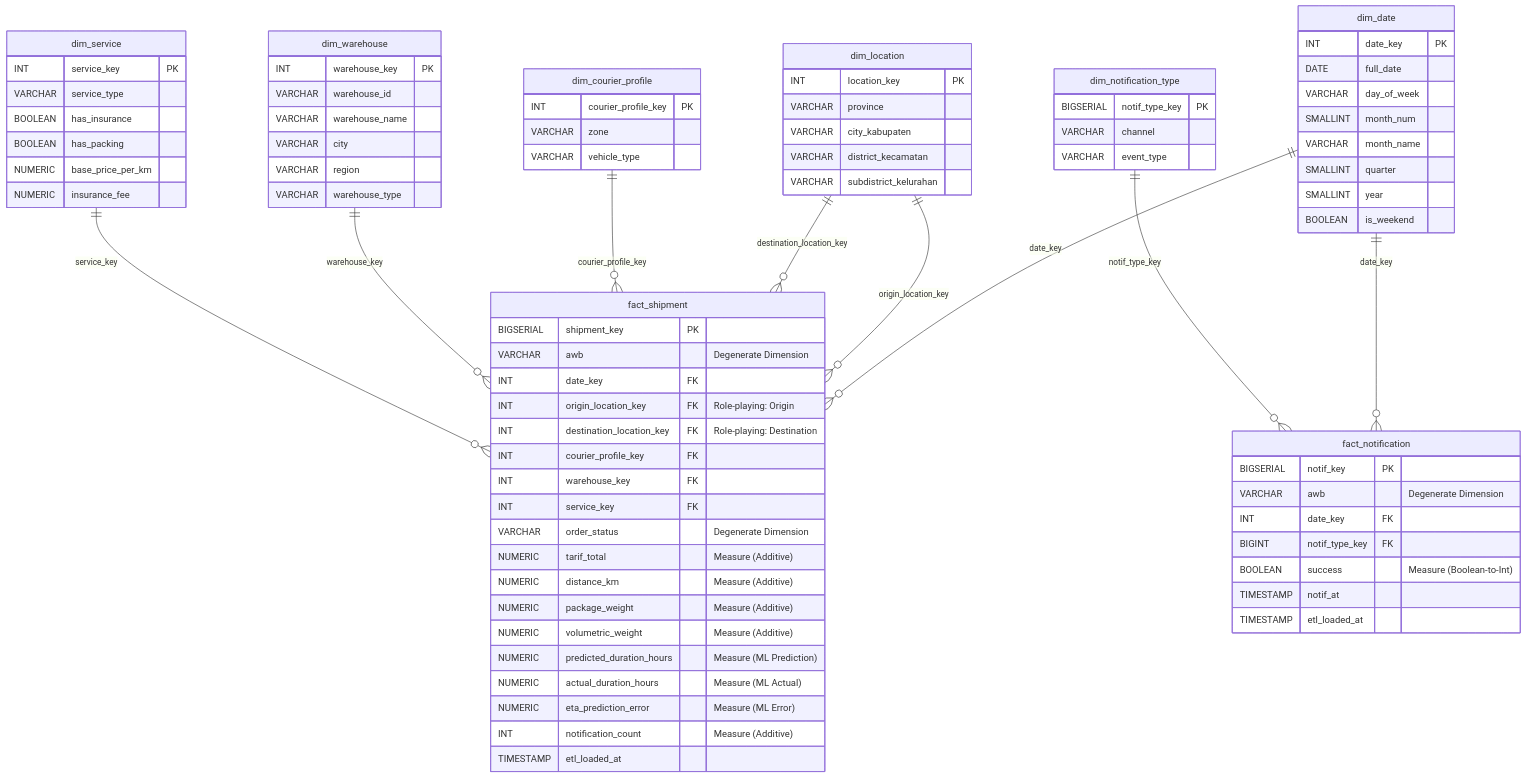
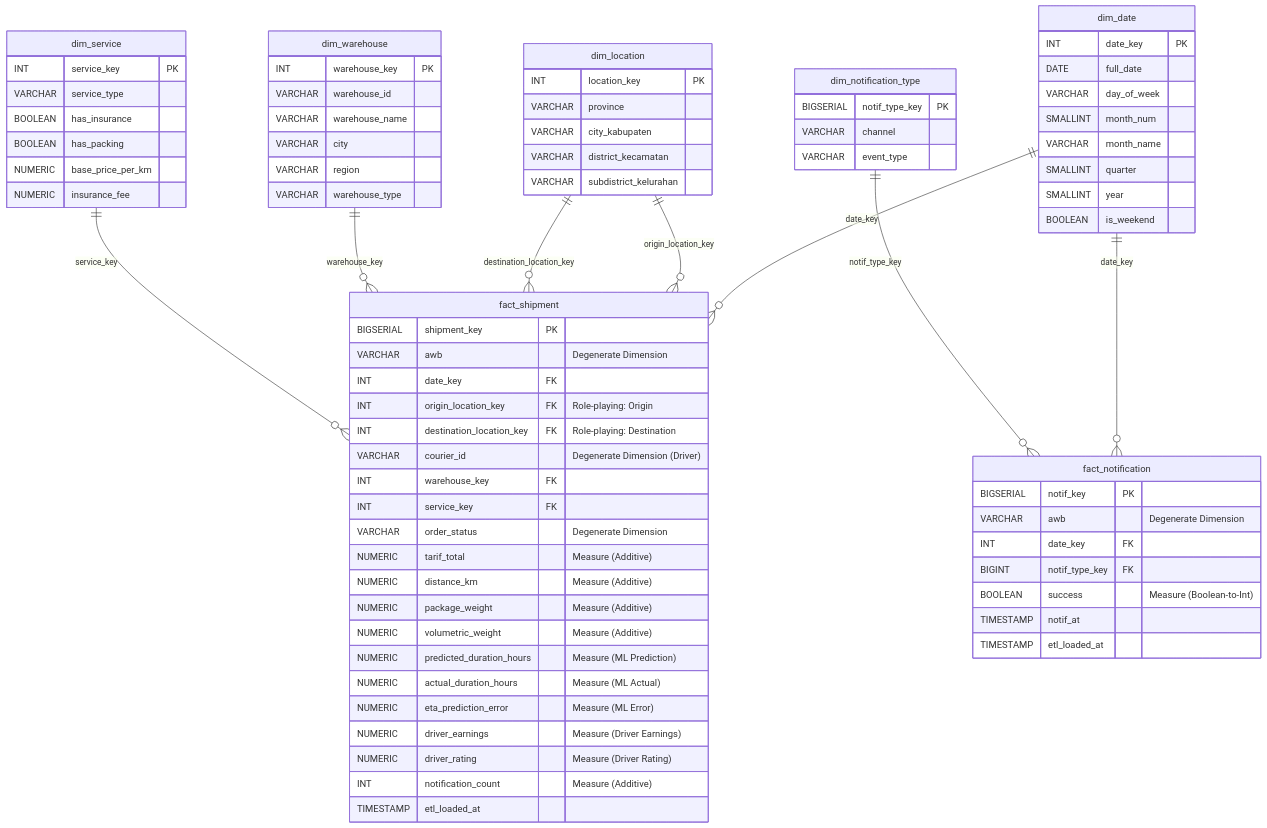
Before and after one commit to madgeer/microservce-papiton-express: the diagram in docs/warehouse.md, drawn with Mermaid. The commit also changed other lines of this file and 3 other files, not shown here.

Commit message:
feat: update data warehouse schema and ETL process to integrate driver performance metrics; remove individual courier dimensions

```diff
--- a/docs/warehouse.md
+++ b/docs/warehouse.md
@@ -42,7 +42,7 @@
         INT date_key FK
         INT origin_location_key FK "Role-playing: Origin"
         INT destination_location_key FK "Role-playing: Destination"
-        INT courier_profile_key FK
+        VARCHAR courier_id "Degenerate Dimension (Driver)"
         INT warehouse_key FK
         INT service_key FK
         VARCHAR order_status "Degenerate Dimension"
@@ -53,6 +53,8 @@
         NUMERIC predicted_duration_hours "Measure (ML Prediction)"
         NUMERIC actual_duration_hours "Measure (ML Actual)"
         NUMERIC eta_prediction_error "Measure (ML Error)"
+        NUMERIC driver_earnings "Measure (Driver Earnings)"
+        NUMERIC driver_rating "Measure (Driver Rating)"
         INT notification_count "Measure (Additive)"
         TIMESTAMP etl_loaded_at
     }
@@ -73,12 +75,6 @@
         VARCHAR city_kabupaten
         VARCHAR district_kecamatan
         VARCHAR subdistrict_kelurahan
-    }
-
-    dim_courier_profile {
-        INT courier_profile_key PK
-        VARCHAR zone
-        VARCHAR vehicle_type
     }
 
     dim_date {
@@ -119,7 +115,6 @@
     dim_date ||--o{ fact_shipment : "date_key"
     dim_location ||--o{ fact_shipment : "origin_location_key"
     dim_location ||--o{ fact_shipment : "destination_location_key"
-    dim_courier_profile ||--o{ fact_shipment : "courier_profile_key"
     dim_warehouse ||--o{ fact_shipment : "warehouse_key"
     dim_service ||--o{ fact_shipment : "service_key"
 
```
